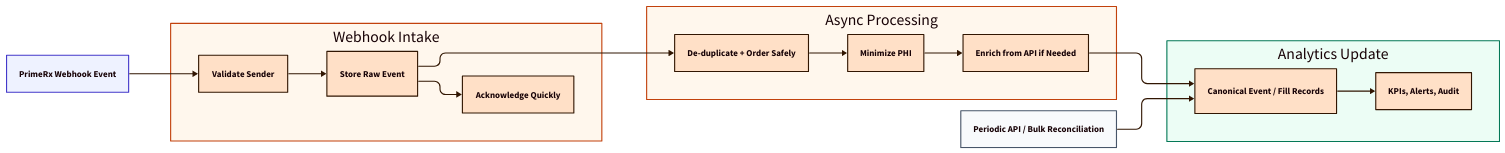
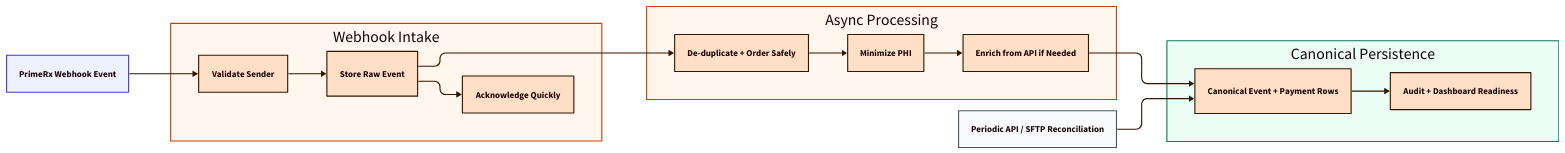
One commit to analyticalrx/analytical-rx-documentation changed the diagram in diagrams/webhook-processing.d2. Above: the diagram before and after it, drawn with D2. The commit also changed 26 other files, not shown here.

```diff
--- a/diagrams/webhook-processing.d2
+++ b/diagrams/webhook-processing.d2
@@ -1,66 +1,66 @@
 vars: {
   d2-config: {
     layout-engine: elk
     theme-id: 101
   }
 }
 
 direction: right
 
 classes: {
   source: {
     style.fill: "#eef2ff"
     style.stroke: "#4338ca"
   }
   guarded: {
     style.fill: "#fff7ed"
     style.stroke: "#c2410c"
   }
   core: {
     style.fill: "#ecfdf5"
     style.stroke: "#047857"
   }
   support: {
     style.fill: "#f8fafc"
     style.stroke: "#475569"
   }
 }
 
 event: "PrimeRx Webhook Event"
 event.class: source
 
 receiver: {
   label: "Webhook Intake"
   class: guarded
   receive: "Validate Sender"
   store: "Store Raw Event"
   ack: "Acknowledge Quickly"
 }
 
 processing: {
   label: "Async Processing"
   class: guarded
   normalize: "De-duplicate + Order Safely"
   privacy: "Minimize PHI"
   enrich: "Enrich from API if Needed"
 }
 
-analytics: {
-  label: "Analytics Update"
+canonical: {
+  label: "Canonical Persistence"
   class: core
-  model: "Canonical Event / Fill Records"
-  outputs: "KPIs, Alerts, Audit"
+  model: "Canonical Event + Payment Rows"
+  outputs: "Audit + Dashboard Readiness"
 }
 
-reconcile: "Periodic API / Bulk Reconciliation"
+reconcile: "Periodic API / SFTP Reconciliation"
 reconcile.class: support
 
 event -> receiver.receive
 receiver.receive -> receiver.store
 receiver.store -> receiver.ack
 receiver.store -> processing.normalize
 processing.normalize -> processing.privacy
 processing.privacy -> processing.enrich
-processing.enrich -> analytics.model
-analytics.model -> analytics.outputs
-reconcile -> analytics.model
+processing.enrich -> canonical.model
+canonical.model -> canonical.outputs
+reconcile -> canonical.model
```
